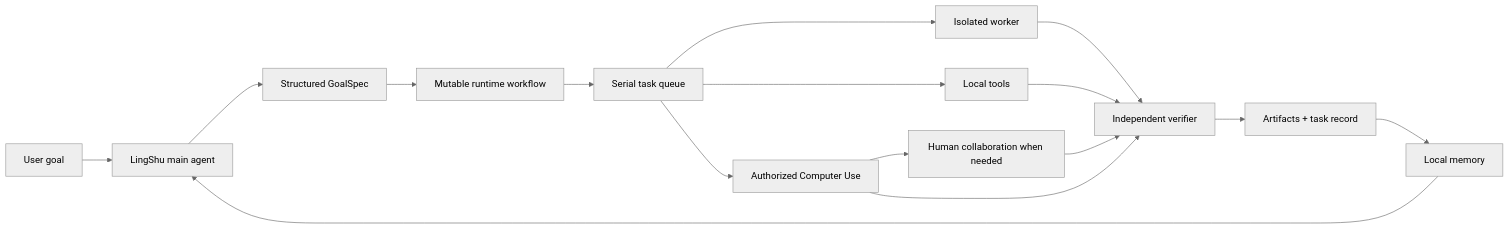
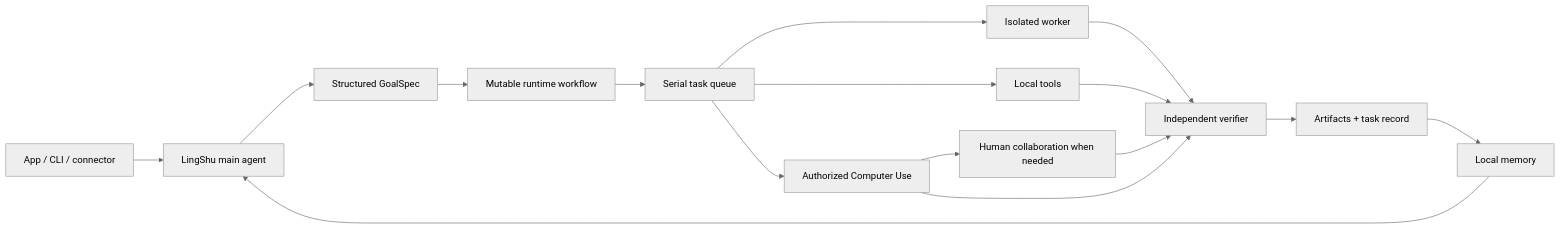
One commit to RoyZhao1991/LingShu changed the diagram in README.md. Above: the diagram before and after it, drawn with Mermaid (neutral theme). The commit also changed other lines of this file and 85 other files, not shown here.

````diff
--- a/README.md
+++ b/README.md
@@ -71,18 +71,18 @@
 ```mermaid
 flowchart LR
-    U["User goal"] --> B["LingShu main agent"]
+    U["App / CLI / connector"] --> B["LingShu main agent"]
     B --> G["Structured GoalSpec"]
     G --> R["Mutable runtime workflow"]
     R --> Q["Serial task queue"]
     Q --> W1["Isolated worker"]
     Q --> W2["Local tools"]
     Q --> W3["Authorized Computer Use"]
     W3 --> H["Human collaboration when needed"]
     H --> V["Independent verifier"]
     W1 --> V["Independent verifier"]
     W2 --> V
     W3 --> V
     V --> A["Artifacts + task record"]
     A --> M["Local memory"]
     M --> B
 ```
````
